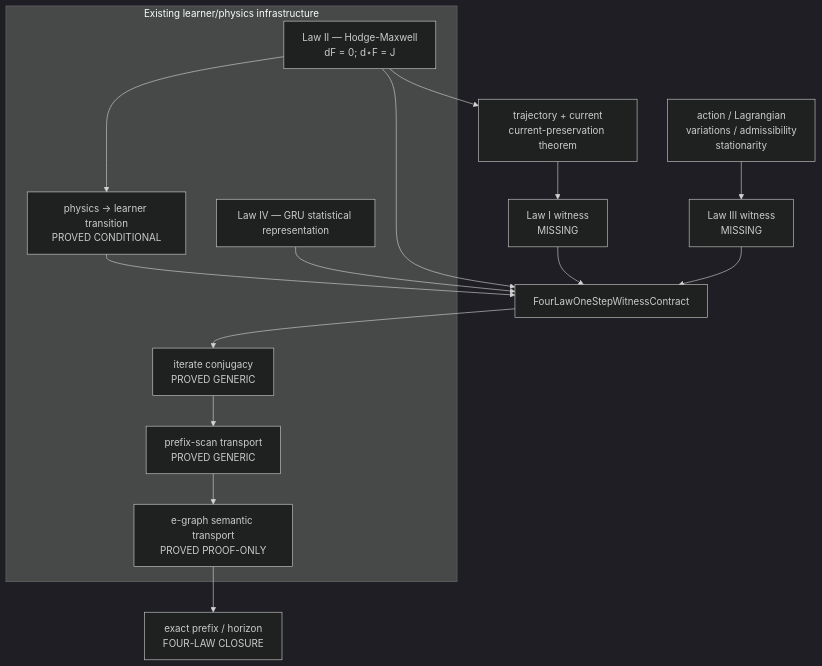
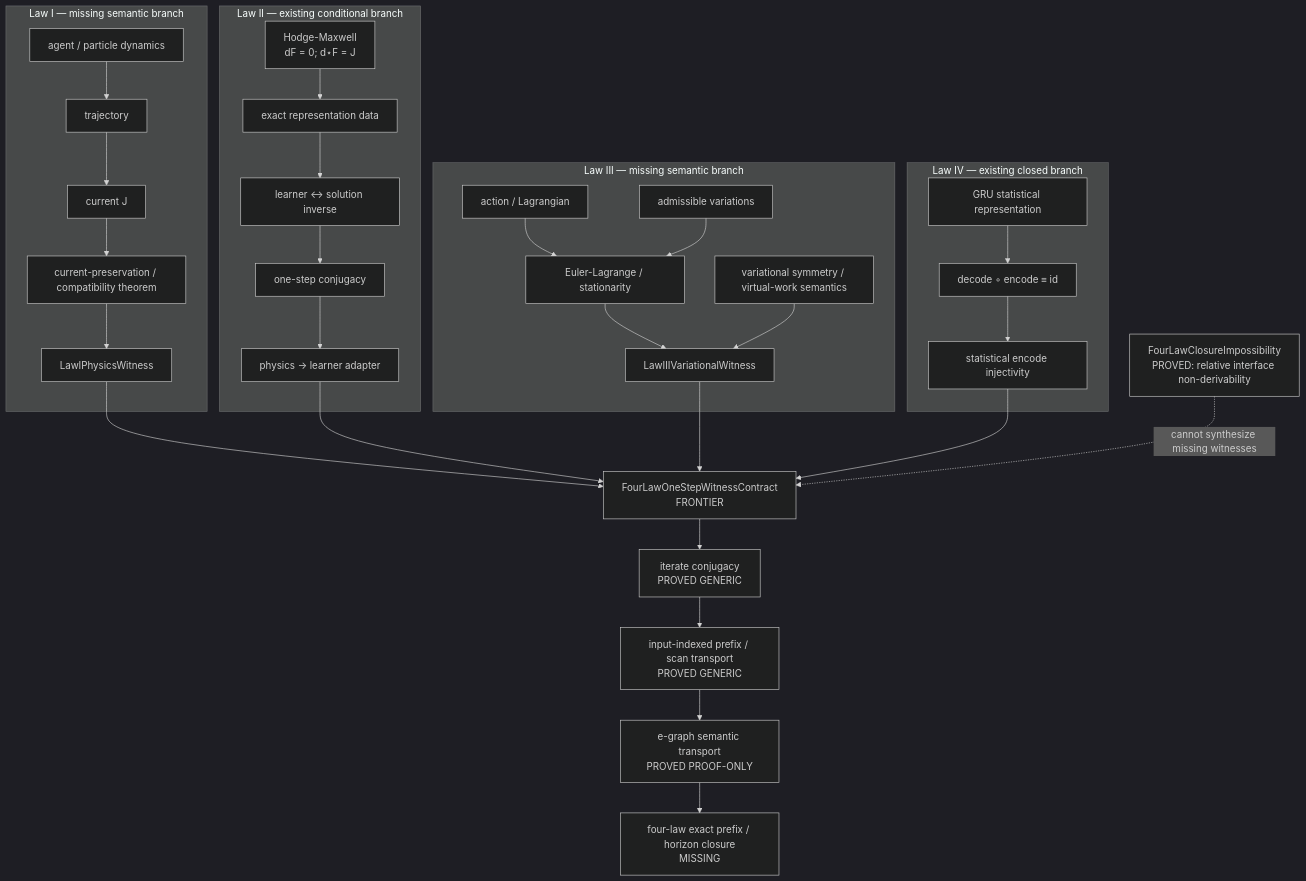
The diagram in docs/wiki.md (JohnChristianD/Actions), drawn with Mermaid (dark theme) before and after one commit. The commit also changed other lines of this file, not shown here.

Commit message:
docs: document four-law semantic closure frontier

````diff
--- a/docs/wiki.md
+++ b/docs/wiki.md
@@ -161,28 +178,52 @@
 ```mermaid
 flowchart TD
-  HM["Law II — Hodge-Maxwell\ndF = 0; d⋆F = J"] --> TRANS["physics → learner transition\nPROVED CONDITIONAL"]
-  HM --> LI_PRE["trajectory + current\ncurrent-preservation theorem"]
-  LI_PRE --> LI["Law I witness\nMISSING"]
-  VAR["action / Lagrangian\nvariations / admissibility\nstationarity"] --> LIII["Law III witness\nMISSING"]
-
-  TRANS --> ONE["FourLawOneStepWitnessContract"]
-  LI --> ONE
-  LIII --> ONE
-
-  ONE --> ITER["iterate conjugacy\nPROVED GENERIC"]
-  ITER --> PREFIX["prefix-scan transport\nPROVED GENERIC"]
-  PREFIX --> EGRAPH["e-graph semantic transport\nPROVED PROOF-ONLY"]
-  EGRAPH --> END["exact prefix / horizon\nFOUR-LAW CLOSURE"]
-
-  subgraph Existing["Existing learner/physics infrastructure"]
-    HM
-    TRANS
-    GRU["Law IV — GRU statistical representation"]
-    ITER
-    PREFIX
-    EGRAPH
+  subgraph I["Law I — missing semantic branch"]
+    I0["agent / particle dynamics"]
+    I1["trajectory"]
+    I2["current J"]
+    I3["current-preservation / compatibility theorem"]
+    I4["LawIPhysicsWitness"]
+    I0 --> I1 --> I2 --> I3 --> I4
   end
 
-  GRU --> ONE
-  HM --> ONE
+  subgraph II["Law II — existing conditional branch"]
+    II0["Hodge-Maxwell\ndF = 0; d⋆F = J"]
+    II1["exact representation data"]
+    II2["learner ↔ solution inverse"]
+    II3["one-step conjugacy"]
+    II4["physics → learner adapter"]
+    II0 --> II1 --> II2 --> II3 --> II4
+  end
+
+  subgraph III["Law III — missing semantic branch"]
+    III0["action / Lagrangian"]
+    III1["admissible variations"]
+    III2["Euler-Lagrange / stationarity"]
+    III3["variational symmetry / virtual-work semantics"]
+    III4["LawIIIVariationalWitness"]
+    III0 --> III2
+    III1 --> III2
+    III2 --> III4
+    III3 --> III4
+  end
+
+  subgraph IV["Law IV — existing closed branch"]
+    IV0["GRU statistical representation"]
+    IV1["decode ∘ encode ≡ id"]
+    IV2["statistical encode injectivity"]
+    IV0 --> IV1 --> IV2
+  end
+
+  I4 --> SQ["FourLawOneStepWitnessContract\nFRONTIER"]
+  II4 --> SQ
+  III4 --> SQ
+  IV2 --> SQ
+
+  SQ --> IT["iterate conjugacy\nPROVED GENERIC"]
+  IT --> PX["input-indexed prefix / scan transport\nPROVED GENERIC"]
+  PX --> EG["e-graph semantic transport\nPROVED PROOF-ONLY"]
+  EG --> CL["four-law exact prefix / horizon closure\nMISSING"]
+
+  IMP["FourLawClosureImpossibility\nPROVED: relative interface non-derivability"]
+  IMP -. "cannot synthesize missing witnesses" .-> SQ
 ```
````
